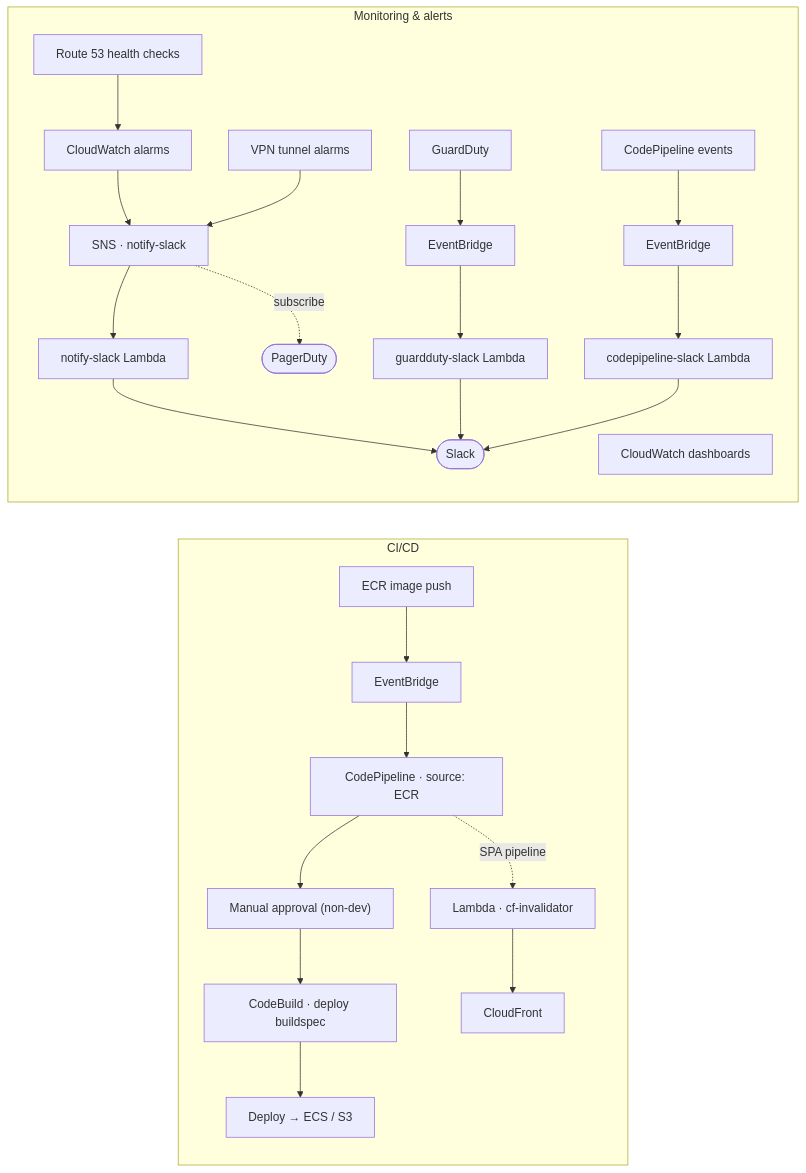
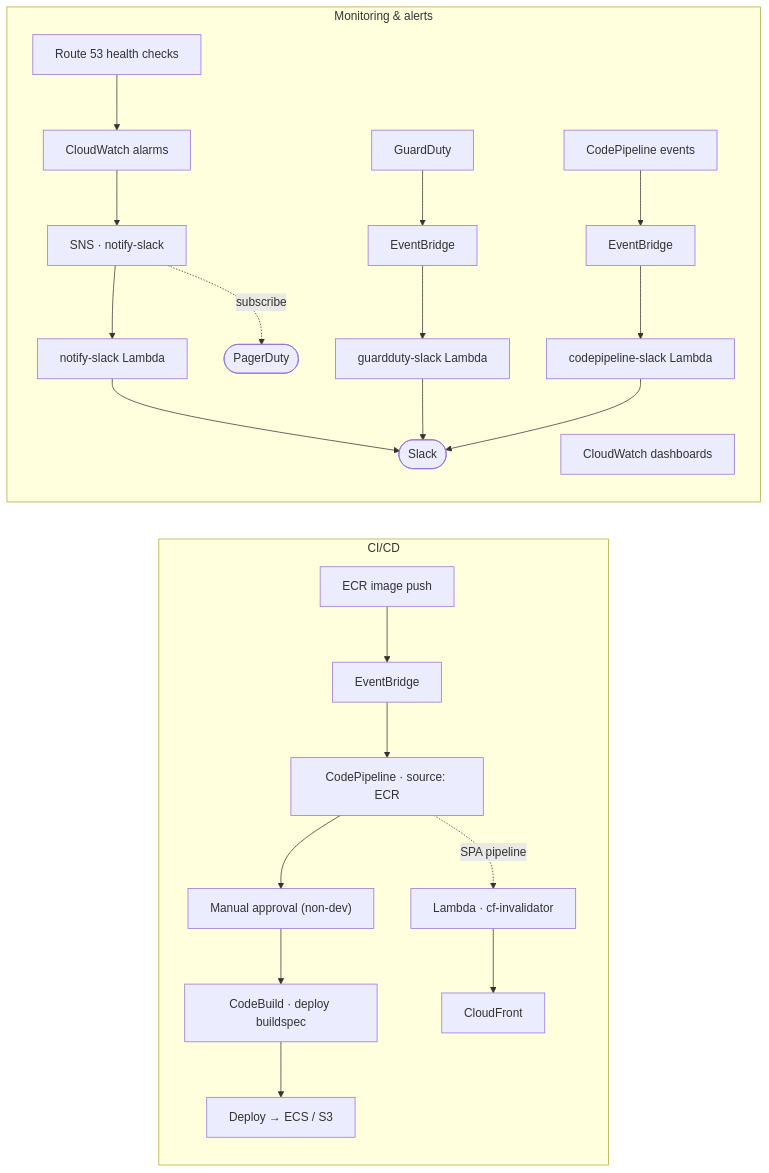
Before and after one commit to ij5a/tf: the second of 2 diagrams in README.md, drawn with Mermaid. The commit also changed other lines of this file and 5 other files, not shown here.

````diff
--- a/README.md
+++ b/README.md
@@ -103,28 +103,27 @@
 ```mermaid
 flowchart LR
   subgraph cicd["CI/CD"]
     push["ECR image push"] --> eb1["EventBridge"]
     eb1 --> cp["CodePipeline · source: ECR"]
     cp --> appr["Manual approval (non-dev)"]
     appr --> cb["CodeBuild · deploy buildspec"]
     cb --> dep["Deploy → ECS / S3"]
     cp -. SPA pipeline .-> inv["Lambda · cf-invalidator"]
     inv --> cfd["CloudFront"]
   end
 
   subgraph obs["Monitoring & alerts"]
     r53hc["Route 53 health checks"] --> cw["CloudWatch alarms"]
     cw --> sns["SNS · notify-slack"]
-    vpn["VPN tunnel alarms"] --> sns
     sns --> nslam["notify-slack Lambda"]
     nslam --> slack(["Slack"])
     sns -. subscribe .-> pd(["PagerDuty"])
     gd["GuardDuty"] --> eb2["EventBridge"]
     eb2 --> gdlam["guardduty-slack Lambda"]
     gdlam --> slack
     cpev["CodePipeline events"] --> eb3["EventBridge"]
     eb3 --> cplam["codepipeline-slack Lambda"]
     cplam --> slack
     dash["CloudWatch dashboards"]
   end
 ```
````
